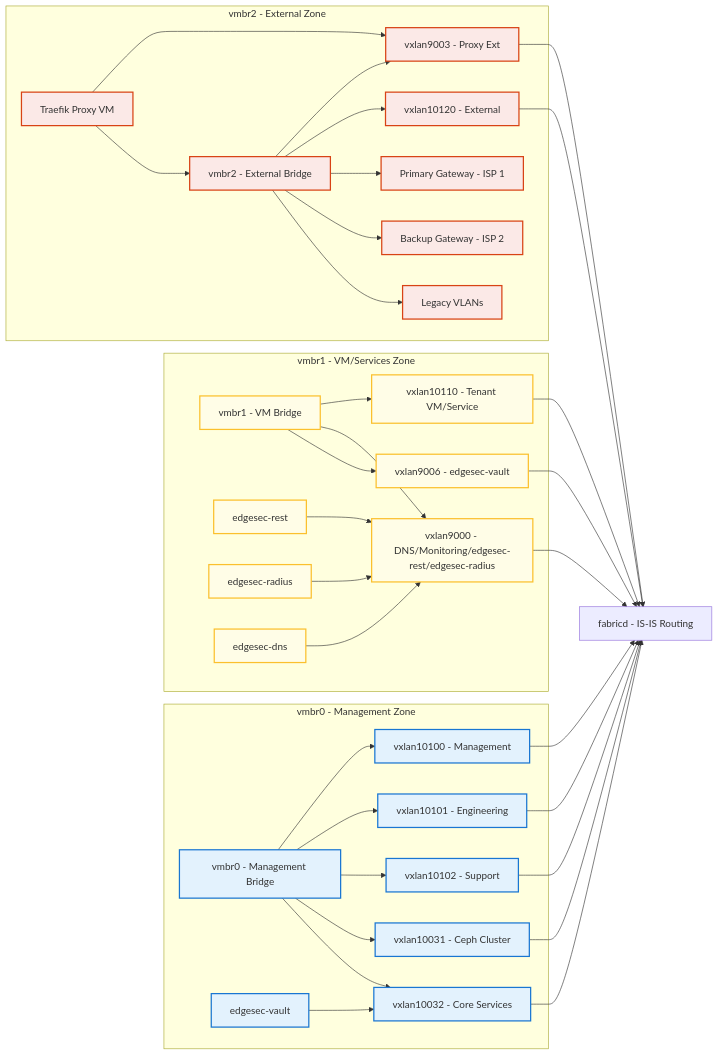
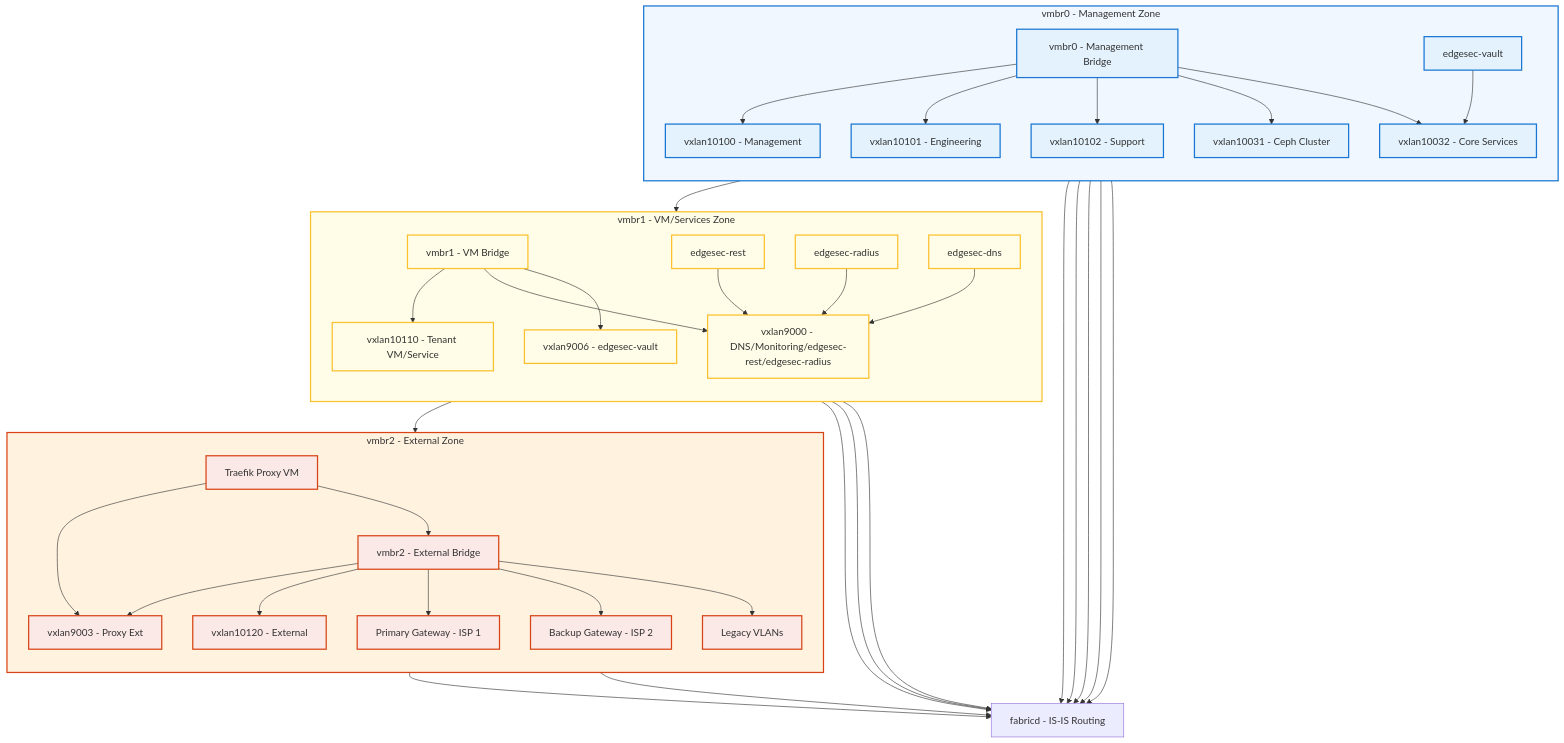
One commit to CEP-Comwell/proxmox_addons changed the diagram in README.md. Above: the diagram before and after it, drawn with Mermaid.

Commit message:
updated color added groups

````diff
--- a/README.md
+++ b/README.md
@@ -59,8 +59,10 @@
 ```mermaid
-graph LR
+graph TD
 
-  %% Management Zone
+  %% Management Zone (top, light blue background)
   subgraph MgmtZone[vmbr0 - Management Zone]
+    direction TB
+    style MgmtZone fill:#f0f7ff,stroke:#1976d2,stroke-width:2px
     MgmtBridge[vmbr0 - Management Bridge]
     VX10100[vxlan10100 - Management]
     VX10101[vxlan10101 - Engineering]
@@ -76,8 +78,10 @@
     VaultVM --> VX10032
   end
 
-  %% VM/Services Zone
+  %% VM/Services Zone (middle, light yellow background)
   subgraph VMZone[vmbr1 - VM/Services Zone]
+    direction TB
+    style VMZone fill:#fffde7,stroke:#fbc02d,stroke-width:2px
     VMBridge[vmbr1 - VM Bridge]
     VX10110[vxlan10110 - Tenant VM/Service]
     VX9000[vxlan9000 - DNS/Monitoring/edgesec-rest/edgesec-radius]
@@ -93,8 +97,10 @@
     DNSVM --> VX9000
   end
 
-  %% External Zone
+  %% External Zone (bottom, light red background)
   subgraph ExtZone[vmbr2 - External Zone]
+    direction TB
+    style ExtZone fill:#fff3e0,stroke:#d84315,stroke-width:2px
     ExtBridge[vmbr2 - External Bridge]
     VX9003[vxlan9003 - Proxy Ext]
     VX10120[vxlan10120 - External]
@@ -111,6 +117,10 @@
     ExtBridge --> LegacyVLAN
   end
 
+  %% Waterfall connections between bridge zones
+  MgmtBridge --> VMBridge
+  VMBridge --> ExtBridge
+
   %% VXLANs to fabricd (global, not in subgraph)
   Fabricd[fabricd - IS-IS Routing]
   VX10100 --> Fabricd
@@ -124,7 +134,7 @@
   VXCEPH2 --> Fabricd
   VX10032 --> Fabricd
 
-  %% Custom bridge colors
+  %% Custom bridge colors (for nodes)
   classDef mgmt fill:#e3f2fd,stroke:#1976d2,stroke-width:2px;
   classDef vm fill:#fffde7,stroke:#fbc02d,stroke-width:2px;
   classDef ext fill:#fbe9e7,stroke:#d84315,stroke-width:2px;
````
